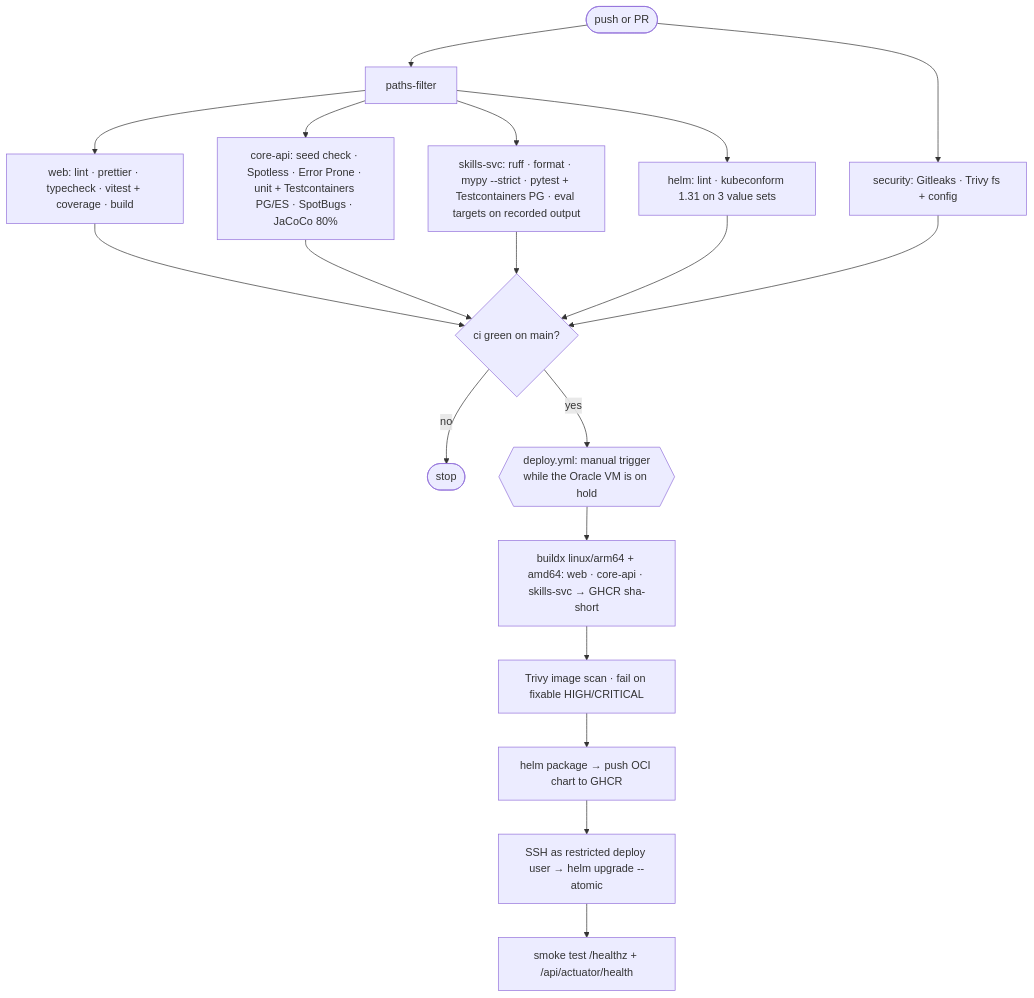
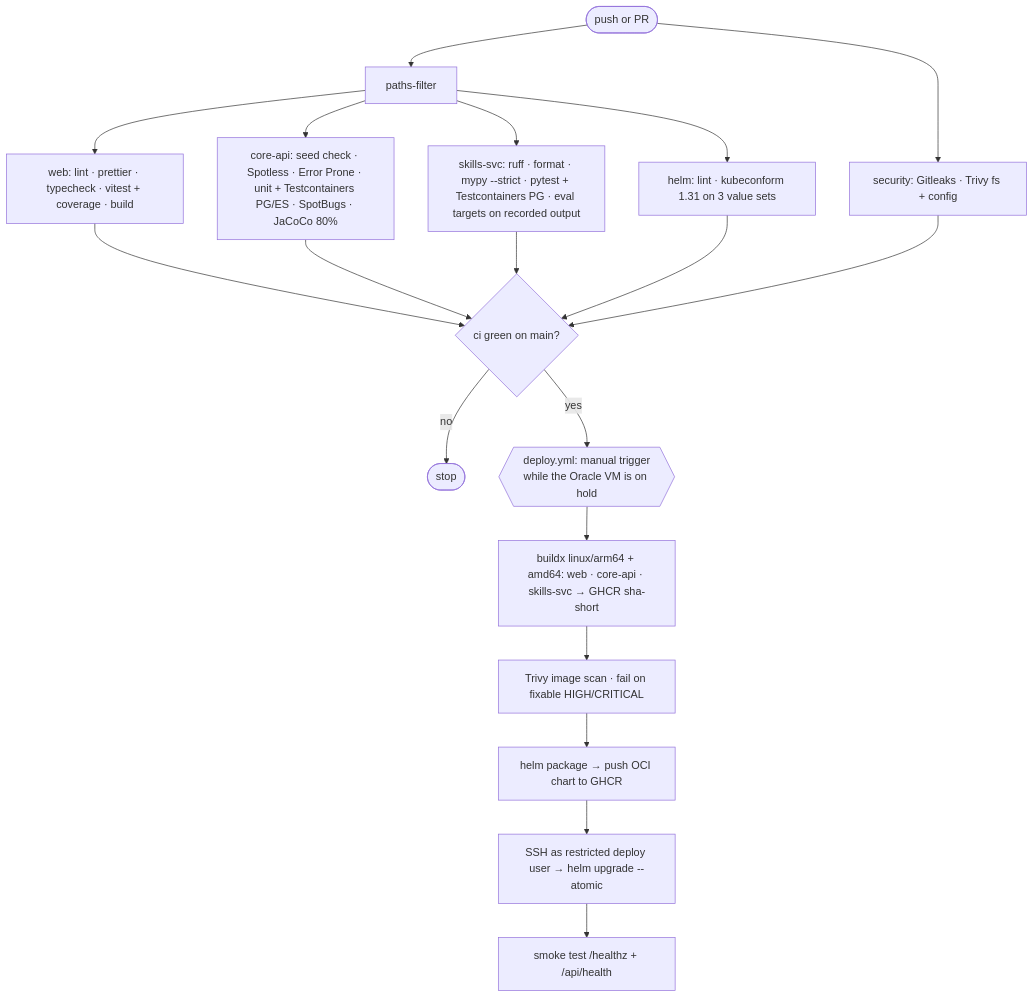
Diagram 13 of 14 in docs/DIAGRAMS.md (sayoungestguy/skillsieve), drawn with Mermaid before and after one commit. The commit also changed other lines of this file and 30 other files, not shown here.

````diff
--- a/docs/DIAGRAMS.md
+++ b/docs/DIAGRAMS.md
@@ -742,17 +742,17 @@
 ```mermaid
 flowchart TD
   push([push or PR]) --> changes[paths-filter]
   changes --> web[web: lint · prettier · typecheck · vitest + coverage · build]
   changes --> core[core-api: seed check · Spotless · Error Prone · unit + Testcontainers PG/ES · SpotBugs · JaCoCo 80%]
   changes --> skills[skills-svc: ruff · format · mypy --strict · pytest + Testcontainers PG · eval targets on recorded output]
   changes --> helm[helm: lint · kubeconform 1.31 on 3 value sets]
   push --> sec[security: Gitleaks · Trivy fs + config]
   web & core & skills & helm & sec --> ci{ci green on main?}
   ci -- no --> stop([stop])
   ci -- yes --> manual{{deploy.yml: manual trigger<br/>while the Oracle VM is on hold}}
   manual --> build[buildx linux/arm64 + amd64: web · core-api · skills-svc → GHCR sha-short]
   build --> scan[Trivy image scan · fail on fixable HIGH/CRITICAL]
   scan --> chart[helm package → push OCI chart to GHCR]
   chart --> ssh[SSH as restricted deploy user → helm upgrade --atomic]
-  ssh --> smoke[smoke test /healthz + /api/actuator/health]
+  ssh --> smoke[smoke test /healthz + /api/health]
 ```
````
